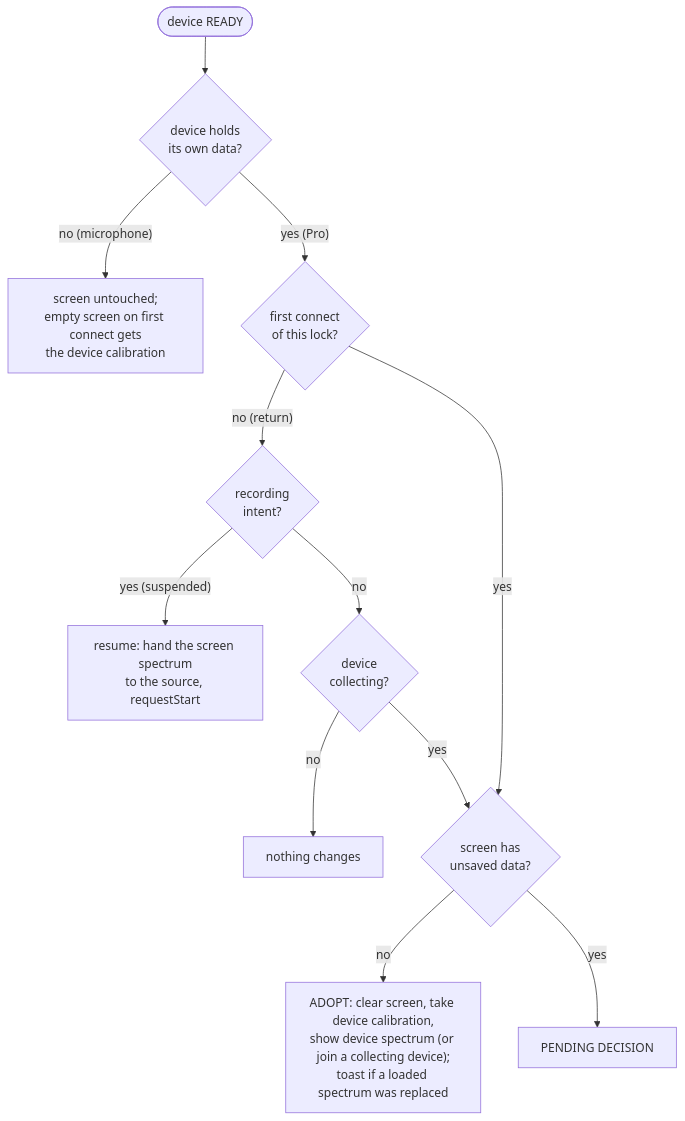
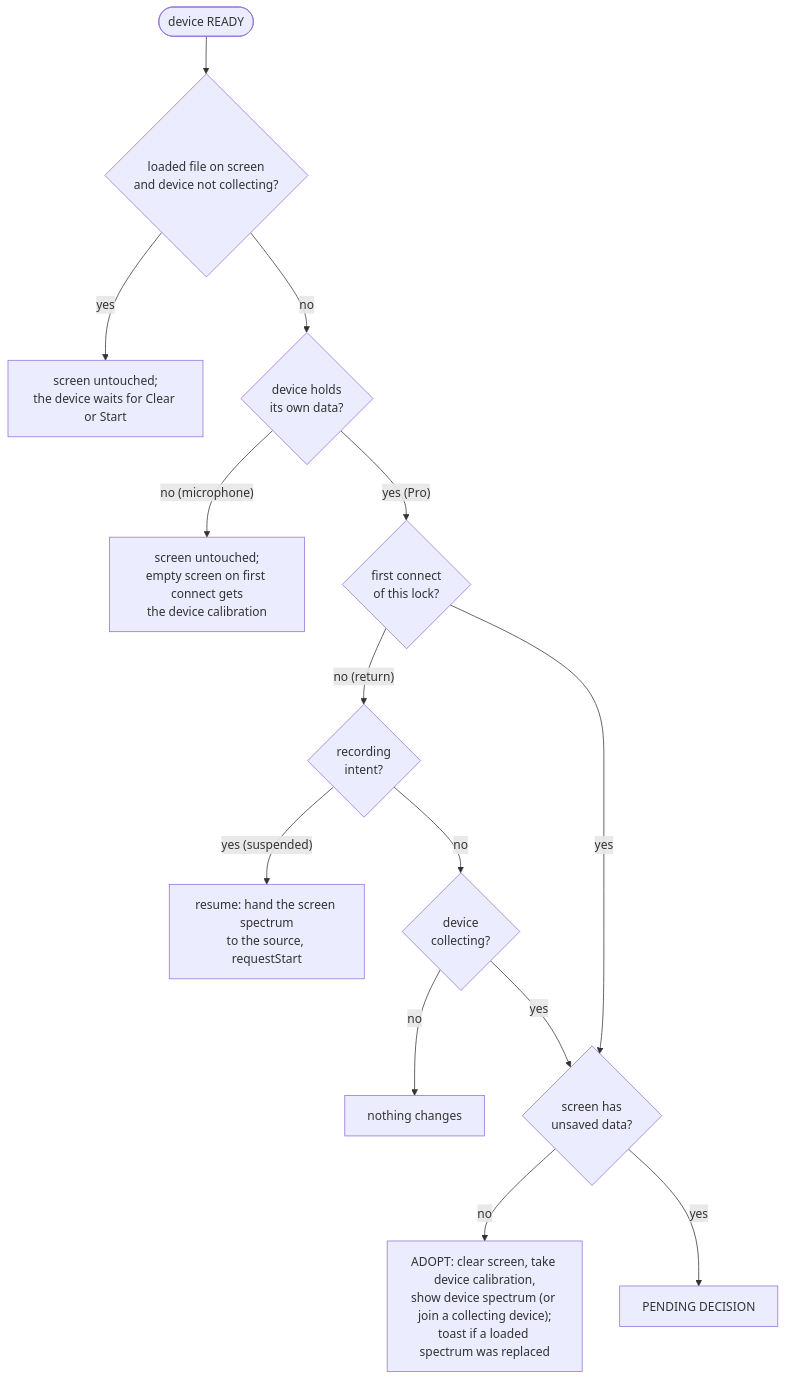
One commit to Am6er/AtomSpectra changed the sixth of 9 diagrams in docs/device-state-machine.md. Above: the diagram before and after it, drawn with Mermaid. The commit also changed other lines of this file and 9 other files, not shown here.

````diff
--- a/docs/device-state-machine.md
+++ b/docs/device-state-machine.md
@@ -234,14 +236,16 @@
 ```mermaid
 flowchart TD
-    R(["device READY"]) --> K{"device holds<br/>its own data?"}
+    R(["device READY"]) --> LF{"loaded file on screen<br/>and device not collecting?"}
+    LF -- yes --> KF["screen untouched;<br/>the device waits for Clear or Start"]
+    LF -- no --> K{"device holds<br/>its own data?"}
     K -- "no (microphone)" --> M["screen untouched;<br/>empty screen on first connect gets<br/>the device calibration"]
     K -- "yes (Pro)" --> F{first connect<br/>of this lock?}
     F -- "no (return)" --> RC{recording<br/>intent?}
     RC -- "yes (suspended)" --> RES["resume: hand the screen spectrum<br/>to the source, requestStart"]
     RC -- no --> CL{device<br/>collecting?}
     CL -- no --> KEEP["nothing changes"]
     CL -- yes --> D
     F -- yes --> D{"screen has<br/>unsaved data?"}
     D -- no --> AD["ADOPT: clear screen, take device calibration,<br/>show device spectrum (or join a collecting device);<br/>toast if a loaded spectrum was replaced"]
     D -- yes --> P["PENDING DECISION"]
 ```
````
